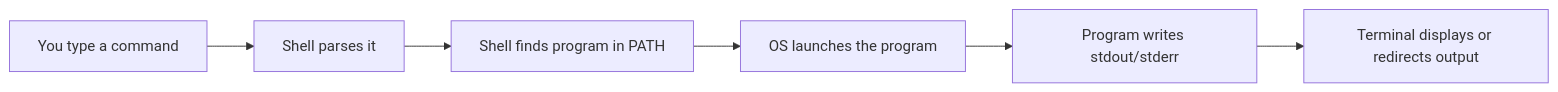
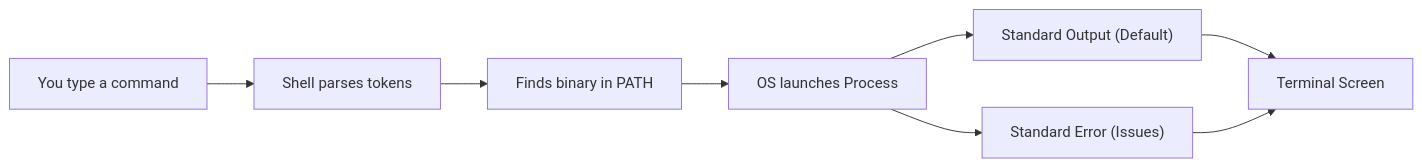
Before and after one commit to rasel9t6/the-go-engineer: the diagram in 00-how-computers-work/4-terminal-confidence/README.md, drawn with Mermaid. The commit also changed other lines of this file and 9 other files, not shown here.

````diff
--- a/00-how-computers-work/4-terminal-confidence/README.md
+++ b/00-how-computers-work/4-terminal-confidence/README.md
@@ -18,8 +19,10 @@
 ```mermaid
 graph LR
-    A["You type a command"] --> B["Shell parses it"]
-    B --> C["Shell finds program in PATH"]
-    C --> D["OS launches the program"]
-    D --> E["Program writes stdout/stderr"]
-    E --> F["Terminal displays or redirects output"]
+    User["You type a command"] --> Shell["Shell parses tokens"]
+    Shell --> PATH["Finds binary in PATH"]
+    PATH --> Process["OS launches Process"]
+    Process --> stdout["Standard Output (Default)"]
+    Process --> stderr["Standard Error (Issues)"]
+    stdout --> Screen["Terminal Screen"]
+    stderr --> Screen
 ```
````
